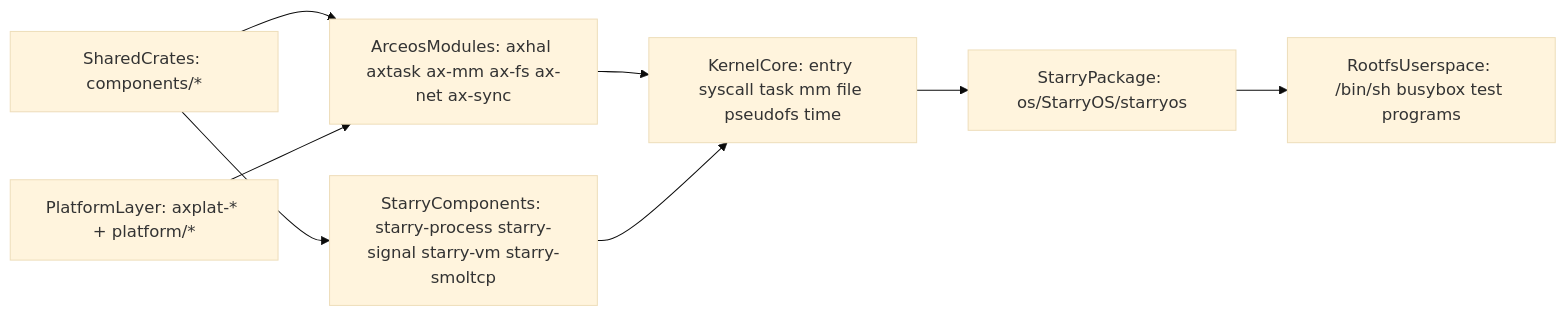
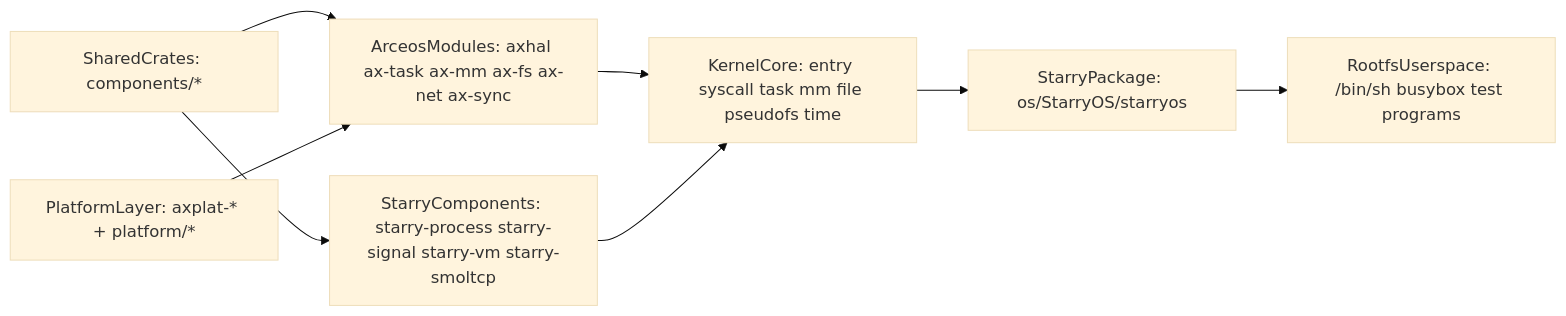
Before and after one commit to zKurisu/tgoskits: the first of 5 diagrams in docs/starryos-internals.md, drawn with Mermaid (base theme). The commit also changed other lines of this file and 133 other files, not shown here.

Commit message:
rename axtask to ax-task

````diff
--- a/docs/starryos-internals.md
+++ b/docs/starryos-internals.md
@@ -26,18 +26,18 @@
 ```mermaid
 flowchart LR
     rootfsUsers["RootfsUserspace: /bin/sh busybox test programs"]
     starryPackage["StarryPackage: os/StarryOS/starryos"]
     kernelCore["KernelCore: entry syscall task mm file pseudofs time"]
     starryComponents["StarryComponents: starry-process starry-signal starry-vm starry-smoltcp"]
-    arceosModules["ArceosModules: axhal axtask ax-mm ax-fs ax-net ax-sync"]
+    arceosModules["ArceosModules: axhal ax-task ax-mm ax-fs ax-net ax-sync"]
     sharedCrates["SharedCrates: components/*"]
     platformLayer["PlatformLayer: axplat-* + platform/*"]
 
     sharedCrates --> arceosModules
     sharedCrates --> starryComponents
     platformLayer --> arceosModules
     arceosModules --> kernelCore
     starryComponents --> kernelCore
     kernelCore --> starryPackage
     starryPackage --> rootfsUsers
 ```
````
